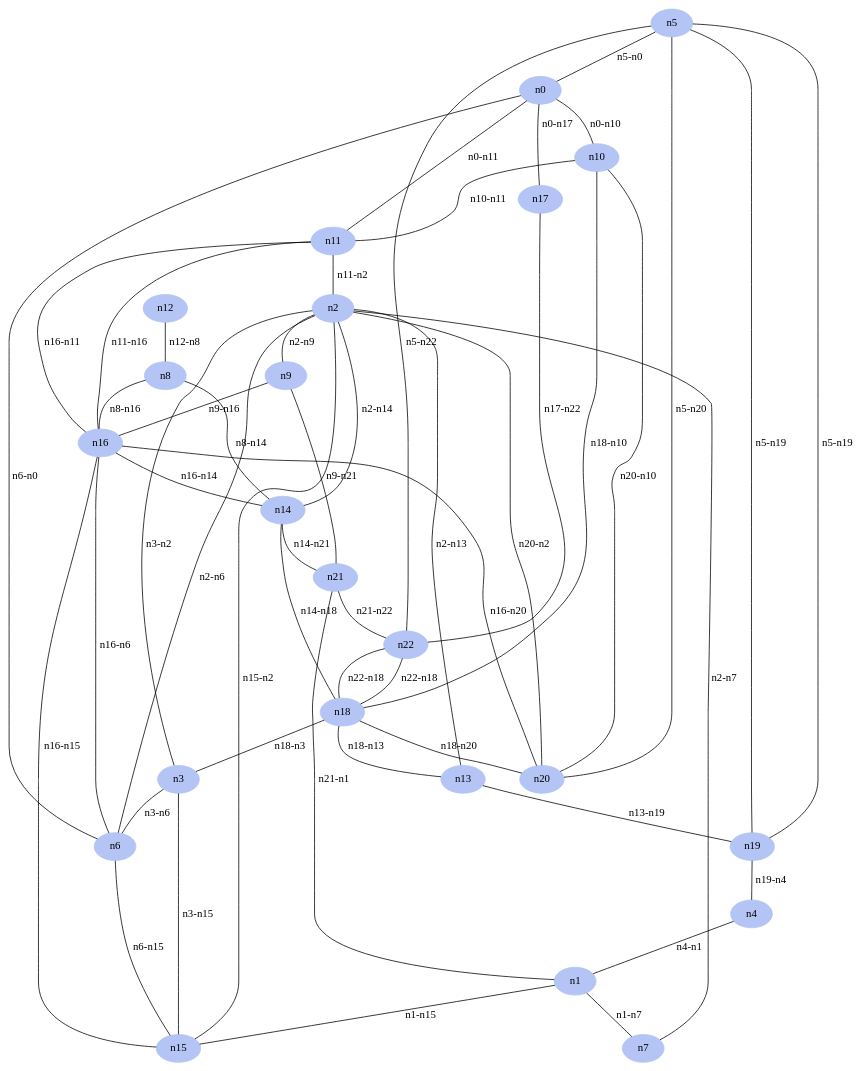
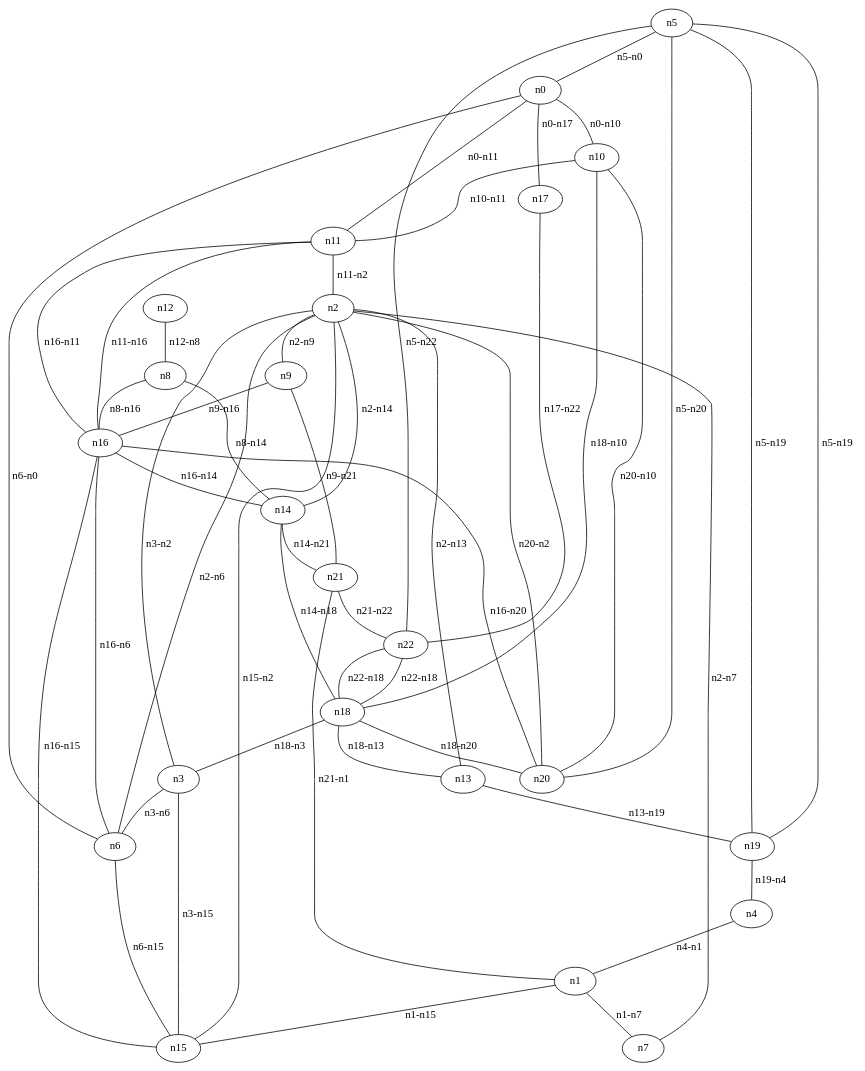
One commit to mLavacca/graph-creator changed the diagram in graphs/depGraph1.dot. Above: the diagram before and after it, drawn with Graphviz. The commit also changed 1 other file, not shown here.

Commit message:
graphs changed

```diff
--- a/graphs/depGraph1.dot
+++ b/graphs/depGraph1.dot
@@ -1,76 +1,75 @@
 graph{
-	node[style="filled", color="#B3C4F5"]
 	0[label="cpuOffloading - request:188.60 - limit:440.86", label="n0"];
 	1[label="cpuOffloading - request:484.53 - limit:749.31", label="n1"];
 	2[label="cpuOffloading - request:373.09 - limit:777.75", label="n2"];
 	3[label="cpuOffloading - request:243.71 - limit:526.06", label="n3"];
 	4[label="cpuOffloading - request:164.29 - limit:618.14", label="n4"];
 	5[label="cpuOffloading - request:366.21 - limit:573.02", label="n5"];
 	6[label="cpuOffloading - request:166.64 - limit:484.84", label="n6"];
 	7[label="cpuOffloading - request:131.83 - limit:682.71", label="n7"];
 	8[label="cpuOffloading - request:485.04 - limit:681.93", label="n8"];
 	9[label="cpuOffloading - request:230.27 - limit:651.95", label="n9"];
 	10[label="cpuOffloading - request:174.47 - limit:519.86", label="n10"];
 	11[label="cpuOffloading - request:314.08 - limit:698.20", label="n11"];
 	12[label="cpuOffloading - request:99.96 - limit:743.84", label="n12"];
 	13[label="cpuOffloading - request:497.46 - limit:621.93", label="n13"];
 	14[label="cpuOffloading - request:424.94 - limit:556.14", label="n14"];
 	15[label="cpuOffloading - request:180.01 - limit:406.34", label="n15"];
 	16[label="cpuOffloading - request:381.79 - limit:781.80", label="n16"];
 	17[label="cpuOffloading - request:110.31 - limit:613.96", label="n17"];
 	18[label="cpuOffloading - request:456.15 - limit:535.60", label="n18"];
 	19[label="cpuOffloading - request:132.71 - limit:528.33", label="n19"];
 	20[label="cpuOffloading - request:258.81 - limit:453.69", label="n20"];
 	21[label="cpuOffloading - request:140.21 - limit:441.34", label="n21"];
 	22[label="cpuOffloading - request:165.14 - limit:169.32", label="n22"];
 	21 -- 1[label="latency - value:57.47", label="n21-n1"];
 	5 -- 19[label="latency - value:27.01", label="n5-n19"];
 	0 -- 11[label="latency - value:59.09", label="n0-n11"];
 	5 -- 0[label="latency - value:70.00", label="n5-n0"];
 	3 -- 6[label="latency - value:63.47", label="n3-n6"];
 	0 -- 17[label="latency - value:30.90", label="n0-n17"];
 	2 -- 14[label="latency - value:31.51", label="n2-n14"];
 	3 -- 15[label="latency - value:46.51", label="n3-n15"];
 	13 -- 19[label="latency - value:75.33", label="n13-n19"];
 	5 -- 19[label="latency - value:13.28", label="n5-n19"];
 	9 -- 21[label="latency - value:53.93", label="n9-n21"];
 	2 -- 9[label="latency - value:48.82", label="n2-n9"];
 	6 -- 0[label="latency - value:61.75", label="n6-n0"];
 	6 -- 15[label="latency - value:57.65", label="n6-n15"];
 	16 -- 14[label="latency - value:10.72", label="n16-n14"];
 	17 -- 22[label="latency - value:75.02", label="n17-n22"];
 	2 -- 6[label="latency - value:20.78", label="n2-n6"];
 	18 -- 13[label="latency - value:25.07", label="n18-n13"];
 	8 -- 16[label="latency - value:57.90", label="n8-n16"];
 	2 -- 13[label="latency - value:69.70", label="n2-n13"];
 	4 -- 1[label="latency - value:46.64", label="n4-n1"];
 	3 -- 2[label="latency - value:75.08", label="n3-n2"];
 	10 -- 11[label="latency - value:40.81", label="n10-n11"];
 	8 -- 14[label="latency - value:60.64", label="n8-n14"];
 	1 -- 7[label="latency - value:8.98", label="n1-n7"];
 	18 -- 3[label="latency - value:32.47", label="n18-n3"];
 	22 -- 18[label="latency - value:36.99", label="n22-n18"];
 	5 -- 20[label="latency - value:71.03", label="n5-n20"];
 	12 -- 8[label="latency - value:40.45", label="n12-n8"];
 	16 -- 15[label="latency - value:52.15", label="n16-n15"];
 	14 -- 21[label="latency - value:79.77", label="n14-n21"];
 	18 -- 20[label="latency - value:29.19", label="n18-n20"];
 	18 -- 10[label="latency - value:8.32", label="n18-n10"];
 	16 -- 20[label="latency - value:49.91", label="n16-n20"];
 	20 -- 10[label="latency - value:70.42", label="n20-n10"];
 	0 -- 10[label="latency - value:20.04", label="n0-n10"];
 	11 -- 2[label="latency - value:21.94", label="n11-n2"];
 	16 -- 11[label="latency - value:28.71", label="n16-n11"];
 	19 -- 4[label="latency - value:46.24", label="n19-n4"];
 	2 -- 7[label="latency - value:33.43", label="n2-n7"];
 	11 -- 16[label="latency - value:24.11", label="n11-n16"];
 	14 -- 18[label="latency - value:60.15", label="n14-n18"];
 	22 -- 18[label="latency - value:11.04", label="n22-n18"];
 	16 -- 6[label="latency - value:78.73", label="n16-n6"];
 	5 -- 22[label="latency - value:35.96", label="n5-n22"];
 	15 -- 2[label="latency - value:17.72", label="n15-n2"];
 	20 -- 2[label="latency - value:47.61", label="n20-n2"];
 	21 -- 22[label="latency - value:13.43", label="n21-n22"];
 	1 -- 15[label="latency - value:10.21", label="n1-n15"];
 	9 -- 16[label="latency - value:79.23", label="n9-n16"];
 }
```
